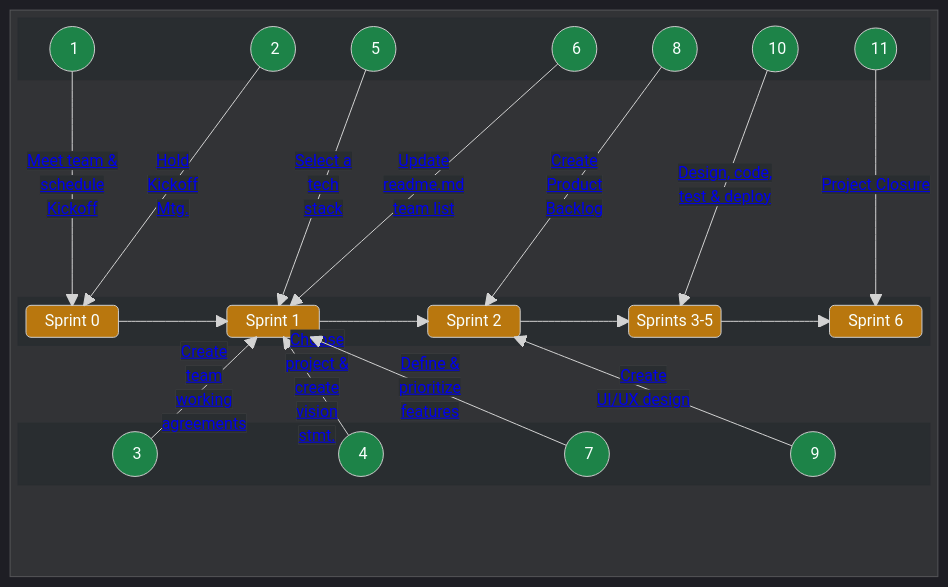
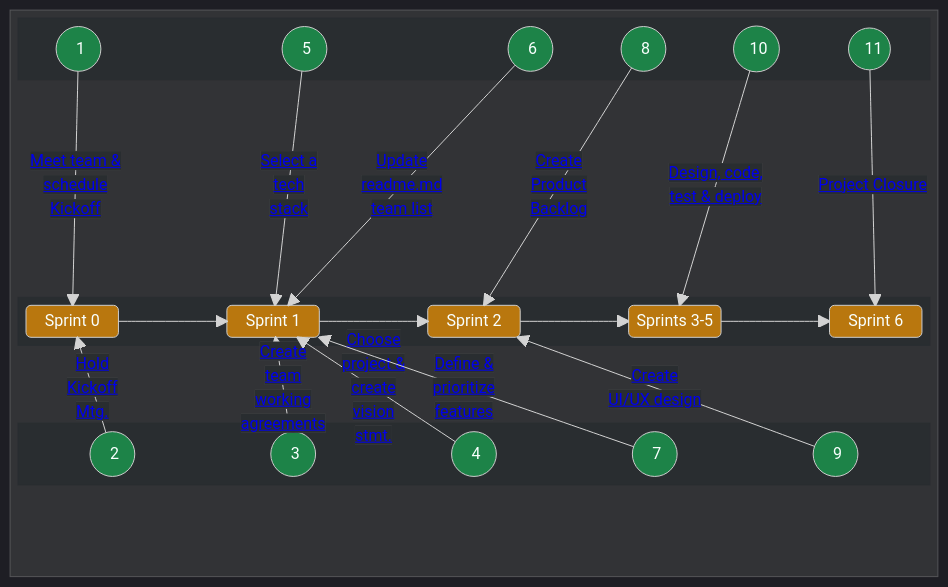
Before and after one commit to chingu-voyages/Handbook: the first of 2 diagrams in docs/guides/voyage/voyage.md, drawn with Mermaid. The commit also changed other lines of this file, not shown here.

```diff
--- a/docs/guides/voyage/voyage.md
+++ b/docs/guides/voyage/voyage.md
@@ -73,7 +73,6 @@
         columns 11
         A1(("&nbsp;&nbsp;&nbsp; 1 &nbsp;&nbsp;"))
         space
-        A2(("&nbsp;&nbsp;&nbsp; 2 &nbsp;&nbsp;"))
         A5(("&nbsp;&nbsp;&nbsp; 5 &nbsp;&nbsp;"))
         space
         A6(("&nbsp;&nbsp;&nbsp; 6 &nbsp;&nbsp;"))
@@ -99,6 +98,7 @@
       space
       block:B0BOTTOM
         columns 11
+        A2(("&nbsp;&nbsp;&nbsp; 2 &nbsp;&nbsp;"))
         A3(("&nbsp;&nbsp;&nbsp; 3 &nbsp;&nbsp;"))
         A4(("&nbsp;&nbsp;&nbsp; 4 &nbsp;&nbsp;"))
         A7(("&nbsp;&nbsp;&nbsp; 7 &nbsp;&nbsp;"))
```
